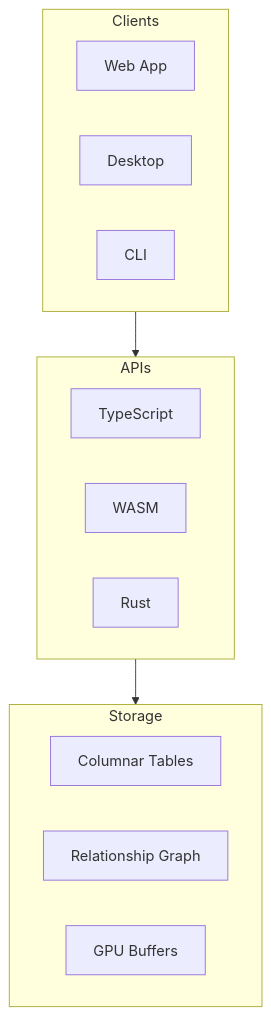
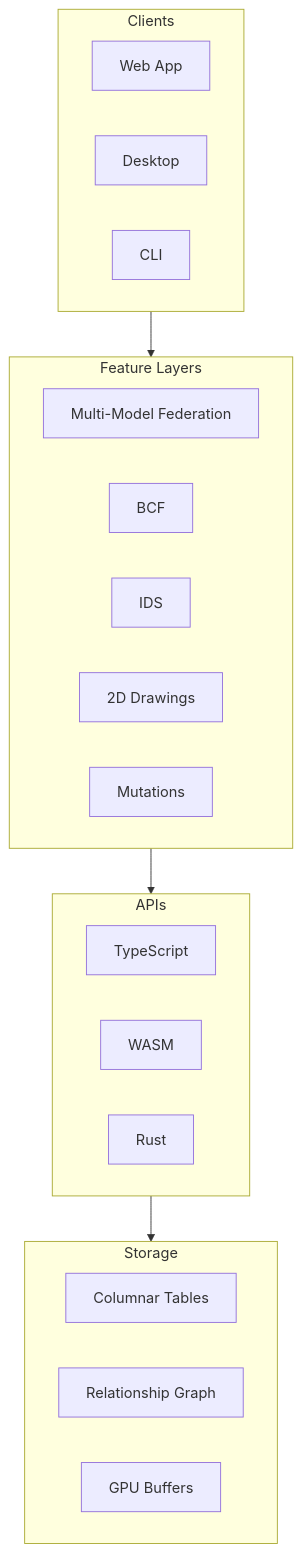
Before and after one commit to louistrue/ifc-lite: the first of 18 diagrams in docs/architecture/overview.md, drawn with Mermaid. The commit also changed other lines of this file and 33 other files, not shown here.

````diff
--- a/docs/architecture/overview.md
+++ b/docs/architecture/overview.md
@@ -11,26 +11,36 @@
 ```mermaid
 flowchart TB
     subgraph Clients["Clients"]
         direction LR
         Web["Web App"]
         Desktop["Desktop"]
         CLI["CLI"]
+    end
+
+    subgraph Features["Feature Layers"]
+        direction LR
+        Federation["Multi-Model Federation"]
+        BCFFeature["BCF"]
+        IDSFeature["IDS"]
+        Drawings["2D Drawings"]
+        MutationsFeature["Mutations"]
     end
 
     subgraph APIs["APIs"]
         direction LR
         TS["TypeScript"]
         WASM["WASM"]
         Rust["Rust"]
     end
 
     subgraph Storage["Storage"]
         direction LR
         Tables["Columnar Tables"]
         Graph["Relationship Graph"]
         GPU["GPU Buffers"]
     end
 
-    Clients --> APIs
+    Clients --> Features
+    Features --> APIs
     APIs --> Storage
 ```
````
